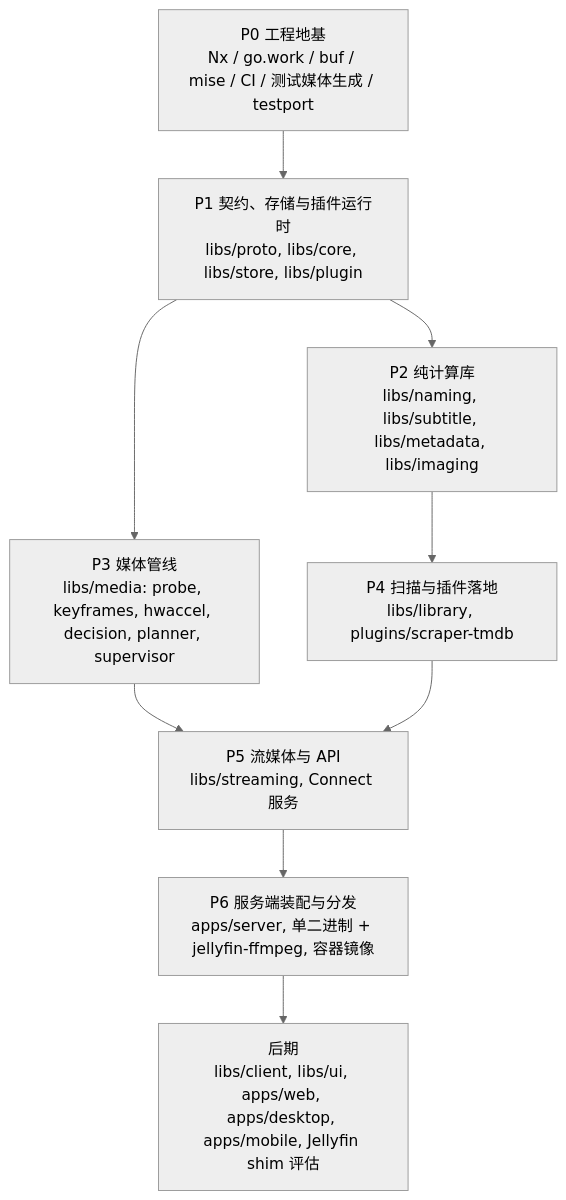
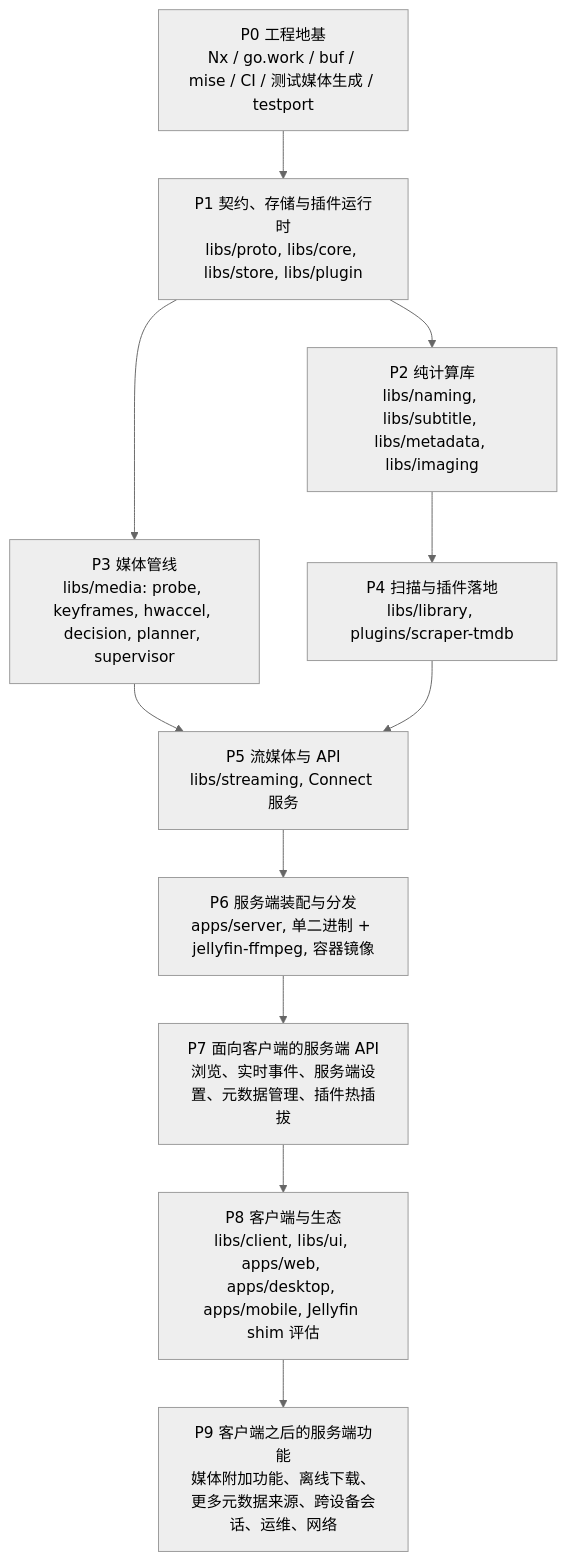
Before and after one commit to mavioai/mavio: the diagram in docs/roadmap.zh-CN.md, drawn with Mermaid (neutral theme). The commit also changed other lines of this file and 1 other file, not shown here.

First line of the commit message:
docs: plan the server API before clients and server features after them

````diff
--- a/docs/roadmap.zh-CN.md
+++ b/docs/roadmap.zh-CN.md
@@ -19,20 +19,24 @@
 ```mermaid
 flowchart TD
     P0["P0 工程地基<br/>Nx / go.work / buf / mise / CI / 测试媒体生成 / testport"]
     P1["P1 契约、存储与插件运行时<br/>libs/proto, libs/core, libs/store, libs/plugin"]
     P2["P2 纯计算库<br/>libs/naming, libs/subtitle, libs/metadata, libs/imaging"]
     P3["P3 媒体管线<br/>libs/media: probe, keyframes, hwaccel, decision, planner, supervisor"]
     P4["P4 扫描与插件落地<br/>libs/library, plugins/scraper-tmdb"]
     P5["P5 流媒体与 API<br/>libs/streaming, Connect 服务"]
     P6["P6 服务端装配与分发<br/>apps/server, 单二进制 + jellyfin-ffmpeg, 容器镜像"]
-    P7["后期<br/>libs/client, libs/ui, apps/web, apps/desktop, apps/mobile, Jellyfin shim 评估"]
+    P7["P7 面向客户端的服务端 API<br/>浏览、实时事件、服务端设置、元数据管理、插件热插拔"]
+    P8["P8 客户端与生态<br/>libs/client, libs/ui, apps/web, apps/desktop, apps/mobile, Jellyfin shim 评估"]
+    P9["P9 客户端之后的服务端功能<br/>媒体附加功能、离线下载、更多元数据来源、跨设备会话、运维、网络"]
 
     P0 --> P1
     P1 --> P2
     P1 --> P3
     P2 --> P4
     P3 --> P5
     P4 --> P5
     P5 --> P6
     P6 --> P7
+    P7 --> P8
+    P8 --> P9
 ```
````
